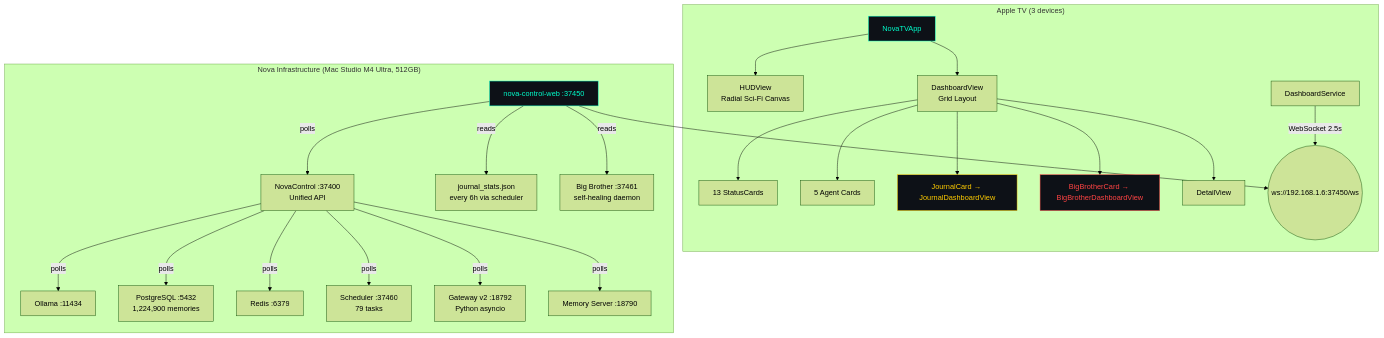
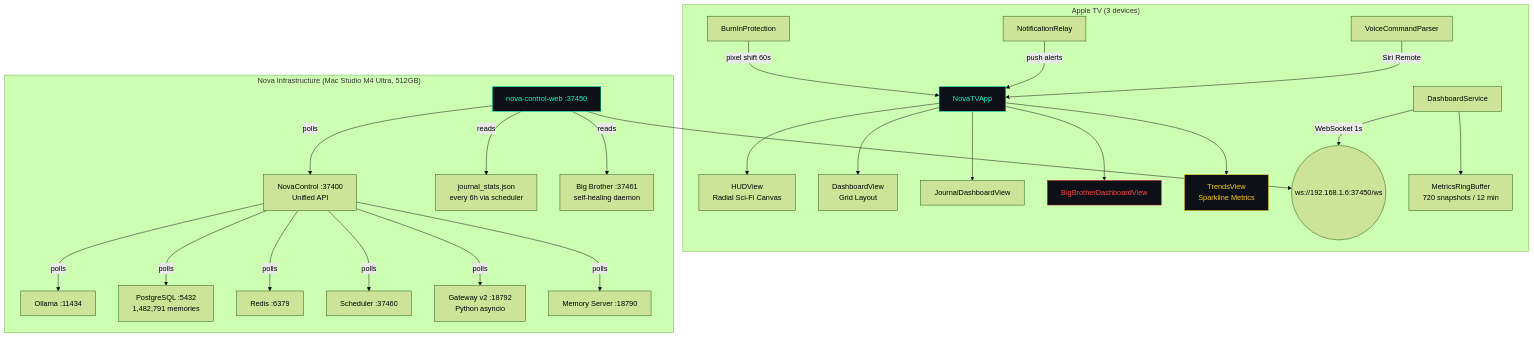
The first of 3 diagrams in README.md (kochj23/NovaTV), drawn with Mermaid (forest theme) before and after one commit. The commit also changed other lines of this file, not shown here.

Commit message:
docs(readme): Full rewrite for v2.0.1 — enterprise features, trends, particle fix

````diff
--- a/README.md
+++ b/README.md
@@ -18,33 +18,35 @@
 ```mermaid
 graph TD
     subgraph AppleTV["Apple TV (3 devices)"]
         App[NovaTVApp] --> HUD[HUDView\nRadial Sci-Fi Canvas]
         App --> Dashboard[DashboardView\nGrid Layout]
-        Dashboard --> Cards[13 StatusCards]
-        Dashboard --> Agents[5 Agent Cards]
-        Dashboard --> JCard[JournalCard → JournalDashboardView]
-        Dashboard --> BBCard[BigBrotherCard → BigBrotherDashboardView]
-        Dashboard --> Detail[DetailView]
-        DS[DashboardService] -->|WebSocket 2.5s| WS
+        App --> Journal[JournalDashboardView]
+        App --> BB[BigBrotherDashboardView]
+        App --> Trends[TrendsView\nSparkline Metrics]
+        DS[DashboardService] -->|WebSocket 1s| WS
+        DS --> Ring[MetricsRingBuffer\n720 snapshots / 12 min]
+        BIP[BurnInProtection] -->|pixel shift 60s| App
+        NR[NotificationRelay] -->|push alerts| App
+        VCP[VoiceCommandParser] -->|Siri Remote| App
     end
 
     WS((ws://192.168.1.6:37450/ws))
 
     subgraph Nova["Nova Infrastructure (Mac Studio M4 Ultra, 512GB)"]
         NCW[nova-control-web :37450] --> WS
         NCW -->|polls| NC[NovaControl :37400\nUnified API]
         NCW -->|reads| JS[journal_stats.json\nevery 6h via scheduler]
-        NCW -->|reads| BB[Big Brother :37461\nself-healing daemon]
+        NCW -->|reads| BigBro[Big Brother :37461\nself-healing daemon]
         NC -->|polls| Ollama[Ollama :11434]
-        NC -->|polls| PG[PostgreSQL :5432\n1,224,900 memories]
+        NC -->|polls| PG[PostgreSQL :5432\n1,482,791 memories]
         NC -->|polls| Redis[Redis :6379]
-        NC -->|polls| Sched[Scheduler :37460\n79 tasks]
+        NC -->|polls| Sched[Scheduler :37460]
         NC -->|polls| GW[Gateway v2 :18792\nPython asyncio]
         NC -->|polls| Mem[Memory Server :18790]
     end
 
     style App fill:#0d1117,stroke:#00ffcc,color:#00ffcc
     style NCW fill:#0d1117,stroke:#00ffcc,color:#00ffcc
-    style JCard fill:#0d1117,stroke:#ffcc00,color:#ffcc00
-    style BBCard fill:#0d1117,stroke:#ff4444,color:#ff4444
+    style Trends fill:#0d1117,stroke:#ffcc00,color:#ffcc00
+    style BB fill:#0d1117,stroke:#ff4444,color:#ff4444
 ```
````
